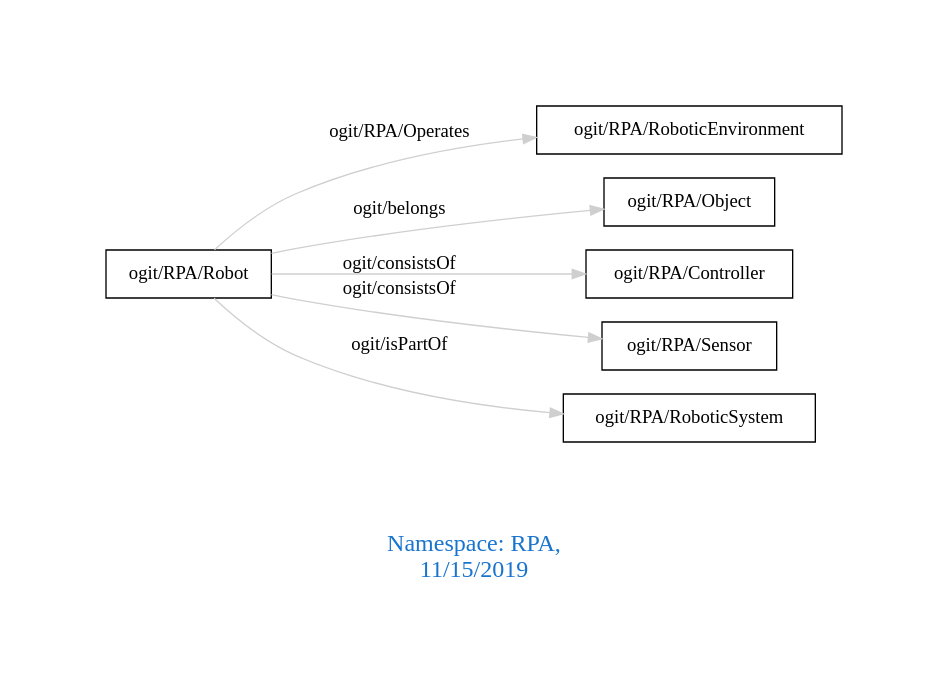
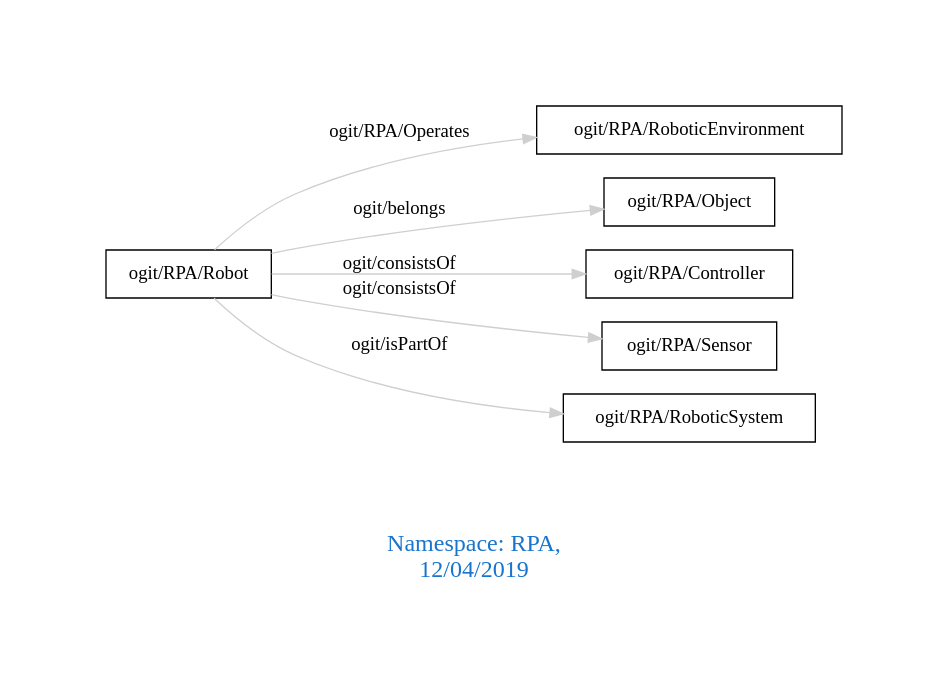
One commit to arago/OGIT changed the diagram in downloads/RPA.dot. Above: the diagram before and after it, drawn with Graphviz. The commit also changed 1604 other files, not shown here.

```diff
--- a/downloads/RPA.dot
+++ b/downloads/RPA.dot
@@ -1,13 +1,13 @@
 digraph OGIT_ontology {
  graph [ rankdir= LR,pad=1 
 fontsize = 18,
-fontcolor= dodgerblue3,label = "\n\n\nNamespace: RPA, \n 11/15/2019"];
+fontcolor= dodgerblue3,label = "\n\n\nNamespace: RPA, \n 12/04/2019"];
 node[shape=polygon];
 edge [  color="gray81"];
 
    "ogit/RPA/Robot" -> "ogit/RPA/RoboticEnvironment" [label="   ogit/RPA/Operates    "];
    "ogit/RPA/Robot" -> "ogit/RPA/Object" [label="   ogit/belongs    "];
    "ogit/RPA/Robot" -> "ogit/RPA/Controller" [label="   ogit/consistsOf    "];
    "ogit/RPA/Robot" -> "ogit/RPA/Sensor" [label="   ogit/consistsOf    "];
    "ogit/RPA/Robot" -> "ogit/RPA/RoboticSystem" [label="   ogit/isPartOf    "];
 }
```
